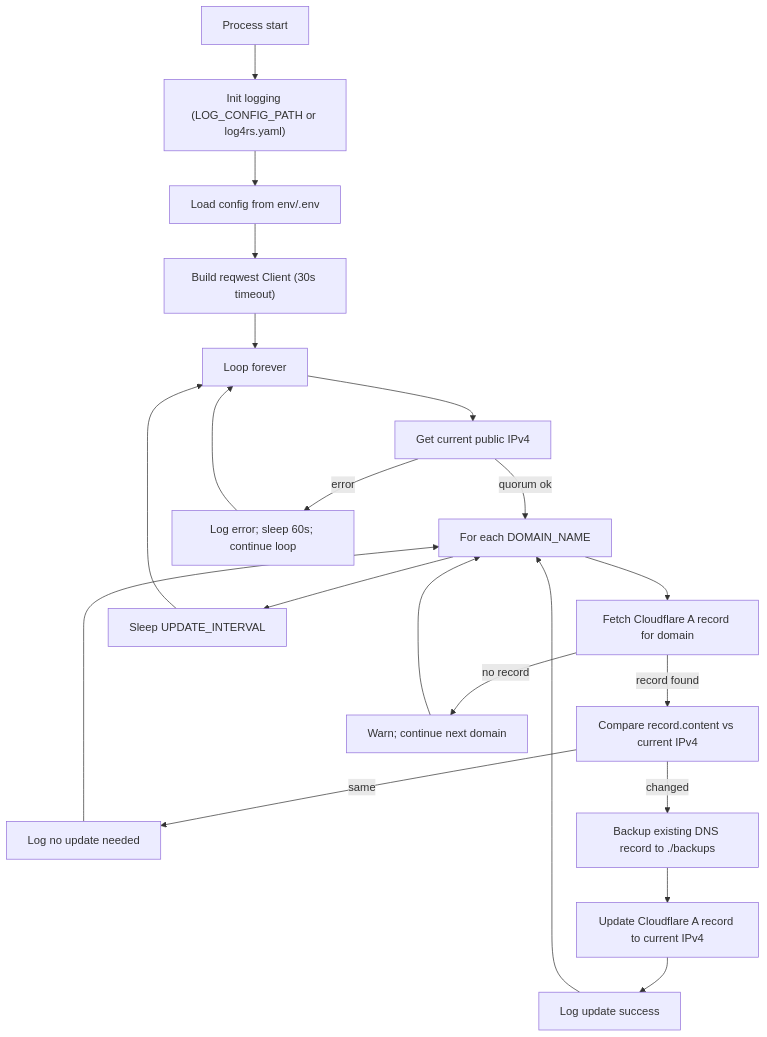
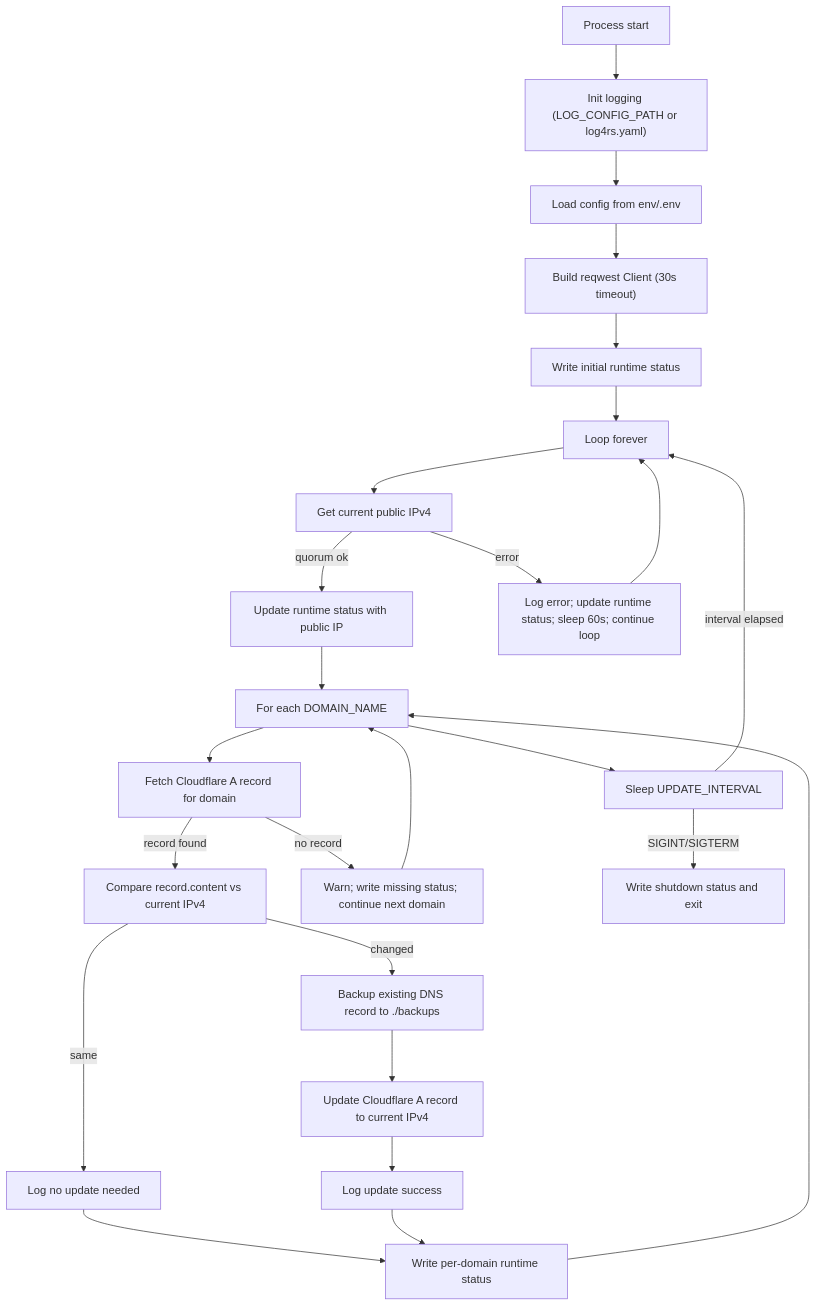
One commit to BattermanZ/FlareSync changed the first of 6 diagrams in WORKFLOW.md. Above: the diagram before and after it, drawn with Mermaid. The commit also changed other lines of this file and 7 other files, not shown here.

First line of the commit message:
feat(runtime): add status file and graceful shutdown

````diff
--- a/WORKFLOW.md
+++ b/WORKFLOW.md
@@ -7,28 +7,32 @@
 ```mermaid
 flowchart TD
   A["Process start"] --> B["Init logging (LOG_CONFIG_PATH or log4rs.yaml)"]
   B --> C["Load config from env/.env"]
   C --> D["Build reqwest Client (30s timeout)"]
-  D --> E["Loop forever"]
+  D --> S0["Write initial runtime status"]
+  S0 --> E["Loop forever"]
 
   E --> F["Get current public IPv4"]
-  F -->|quorum ok| G["For each DOMAIN_NAME"]
-  F -->|error| F1["Log error; sleep 60s; continue loop"]
+  F -->|quorum ok| S1["Update runtime status with public IP"]
+  S1 --> G["For each DOMAIN_NAME"]
+  F -->|error| F1["Log error; update runtime status; sleep 60s; continue loop"]
   F1 --> E
 
   G --> H["Fetch Cloudflare A record for domain"]
   H -->|record found| I["Compare record.content vs current IPv4"]
-  H -->|no record| H1["Warn; continue next domain"]
+  H -->|no record| H1["Warn; write missing status; continue next domain"]
   H1 --> G
 
   I -->|same| I1["Log no update needed"]
   I -->|changed| J["Backup existing DNS record to ./backups"]
   J --> K["Update Cloudflare A record to current IPv4"]
   K --> K1["Log update success"]
 
-  I1 --> G
-  K1 --> G
+  I1 --> S2["Write per-domain runtime status"]
+  K1 --> S2
+  S2 --> G
 
   G --> L["Sleep UPDATE_INTERVAL"]
-  L --> E
+  L -->|interval elapsed| E
+  L -->|SIGINT/SIGTERM| X["Write shutdown status and exit"]
 ```
````
